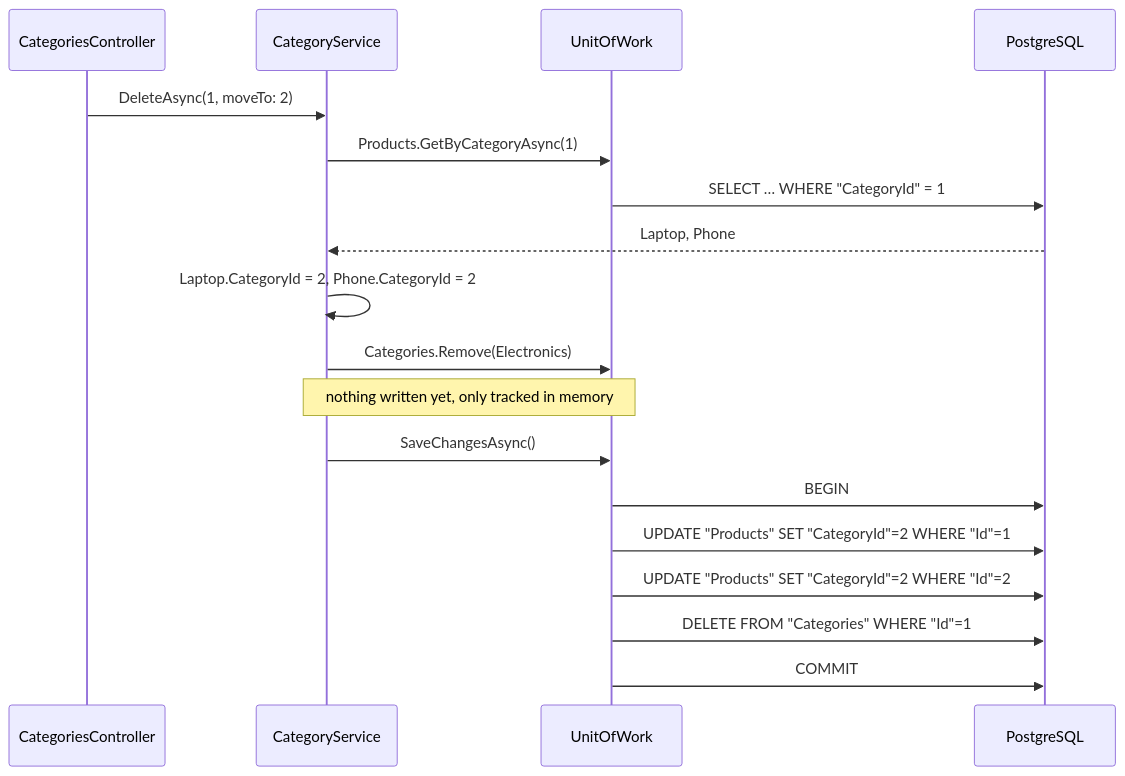
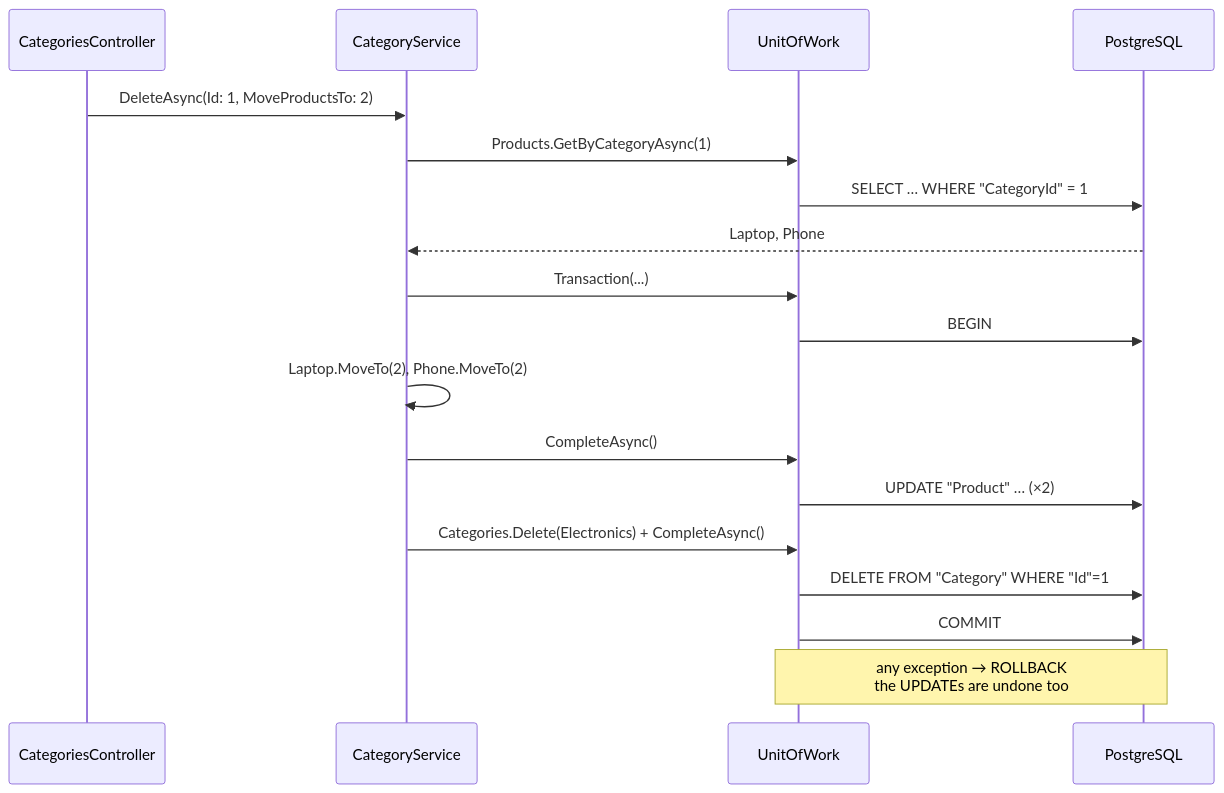
Before and after one commit to wesamkhateeb98-creator/clean-architecture-uow-repository: the second of 3 diagrams in docs/02-unit-of-work.md, drawn with Mermaid. The commit also changed other lines of this file and 73 other files, not shown here.

Commit message:
refactor: align Shop.Demo with clean-architecture template (Abstracts, IEntity, CompleteAsync/Transaction, Presentation layer)

````diff
--- a/docs/02-unit-of-work.md
+++ b/docs/02-unit-of-work.md
@@ -59,20 +115,20 @@
 ```mermaid
 sequenceDiagram
     participant C as CategoriesController
     participant S as CategoryService
     participant U as UnitOfWork
     participant DB as PostgreSQL
-    C->>S: DeleteAsync(1, moveTo: 2)
+    C->>S: DeleteAsync(Id: 1, MoveProductsTo: 2)
     S->>U: Products.GetByCategoryAsync(1)
     U->>DB: SELECT … WHERE "CategoryId" = 1
     DB-->>S: Laptop, Phone
-    S->>S: Laptop.CategoryId = 2, Phone.CategoryId = 2
-    S->>U: Categories.Remove(Electronics)
-    Note over S,U: nothing written yet, only tracked in memory
-    S->>U: SaveChangesAsync()
+    S->>U: Transaction(...)
     U->>DB: BEGIN
-    U->>DB: UPDATE "Products" SET "CategoryId"=2 WHERE "Id"=1
-    U->>DB: UPDATE "Products" SET "CategoryId"=2 WHERE "Id"=2
-    U->>DB: DELETE FROM "Categories" WHERE "Id"=1
+    S->>S: Laptop.MoveTo(2), Phone.MoveTo(2)
+    S->>U: CompleteAsync()
+    U->>DB: UPDATE "Product" … (×2)
+    S->>U: Categories.Delete(Electronics) + CompleteAsync()
+    U->>DB: DELETE FROM "Category" WHERE "Id"=1
     U->>DB: COMMIT
+    Note over U,DB: any exception → ROLLBACK<br/>the UPDATEs are undone too
 ```
````
